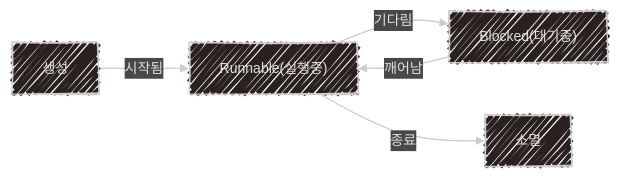
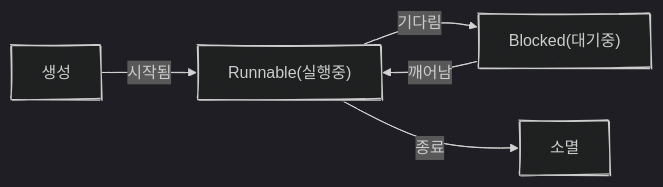
The first of 2 diagrams in _posts/server/game_server/2025-04-26-game_server_1_2.md (SoftHamzzi/SoftHamzzi.github.io), drawn with Mermaid before and after one commit. The commit also changed other lines of this file and 2 other files, not shown here.

First line of the commit message:
fix: mermaid 포함 포스트 수정

````diff
--- a/_posts/server/game_server/2025-04-26-game_server_1_2.md
+++ b/_posts/server/game_server/2025-04-26-game_server_1_2.md
@@ -48,18 +50,18 @@
 ```mermaid
 ---
 config:
   look: handDrawn
-  theme: neo-dark
+  theme: dark
   layout: fixed
 ---
 flowchart LR
     생성[생성]
     실행중["Runnable(실행중)"]
     대기중["Blocked(대기중)"]
     소멸[소멸]
 
     생성 -- 시작됨 --> 실행중
     실행중 -- 기다림 --> 대기중
     대기중 -- 깨어남 --> 실행중
     실행중 -- 종료 --> 소멸
 ```
````
